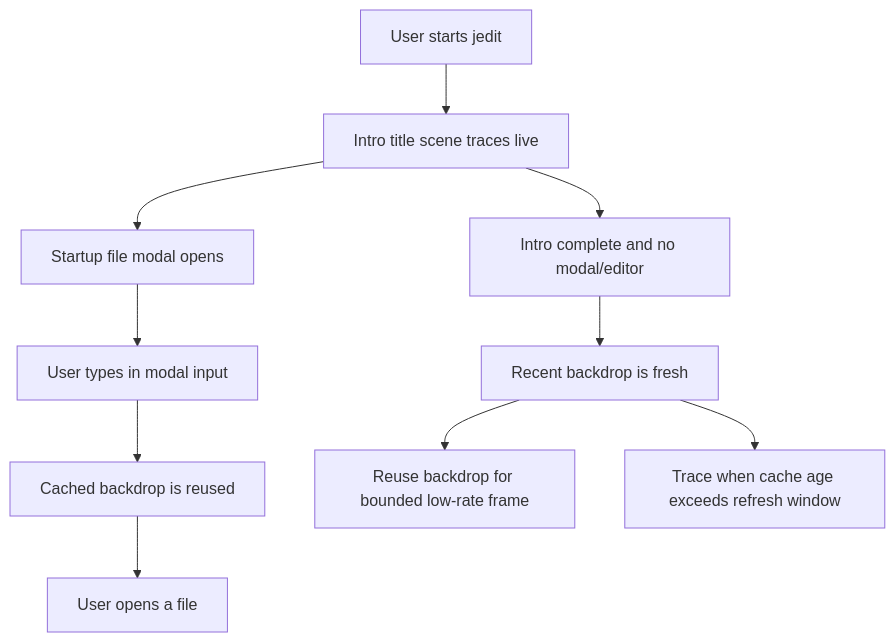
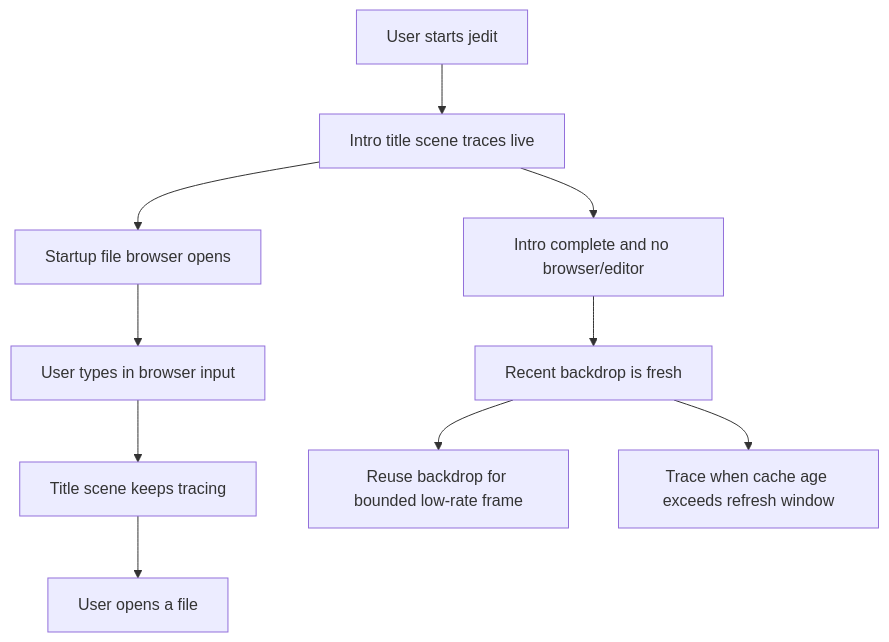
Before and after one commit to flyingrobots/jedit: the first of 2 diagrams in docs/design/0078-startup-scene-performance-governor.md, drawn with Mermaid. The commit also changed other lines of this file and 20 other files, not shown here.

````diff
--- a/docs/design/0078-startup-scene-performance-governor.md
+++ b/docs/design/0078-startup-scene-performance-governor.md
@@ -116,12 +111,12 @@
 ```mermaid
 flowchart TD
   Start[User starts jedit] --> Intro[Intro title scene traces live]
-  Intro --> Modal[Startup file modal opens]
-  Modal --> Type[User types in modal input]
-  Type --> Frozen[Cached backdrop is reused]
-  Frozen --> Open[User opens a file]
-  Intro --> SlowIdle[Intro complete and no modal/editor]
+  Intro --> Browser[Startup file browser opens]
+  Browser --> Type[User types in browser input]
+  Type --> Live[Title scene keeps tracing]
+  Live --> Open[User opens a file]
+  Intro --> SlowIdle[Intro complete and no browser/editor]
   SlowIdle --> CacheFresh[Recent backdrop is fresh]
   CacheFresh --> LowRate[Reuse backdrop for bounded low-rate frame]
   CacheFresh --> Refresh[Trace when cache age exceeds refresh window]
 ```
````
